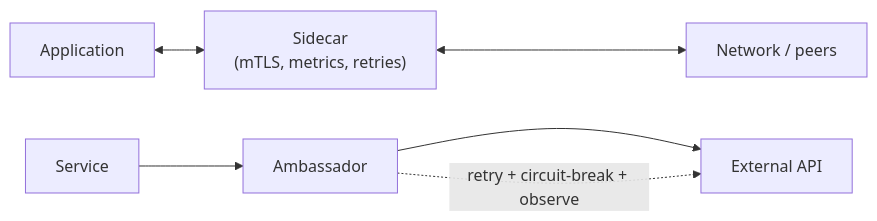
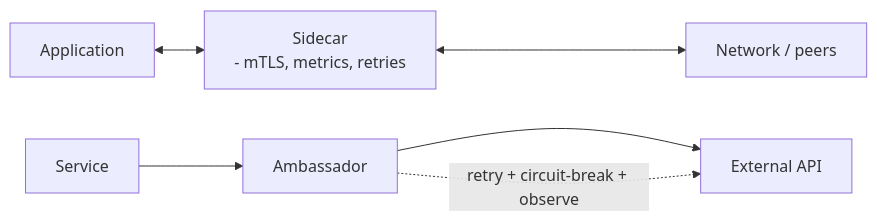
Before and after one commit to RIT-MESH/system-design-mastery: the second of 3 diagrams in docs/05-architecture-patterns/03-strangler-sidecar-bff.md, drawn with Mermaid. The commit also changed other lines of this file and 139 other files, not shown here.

First line of the commit message:
Fix Mermaid parse errors: replace parentheses in node labels across 140 files

````diff
--- a/docs/05-architecture-patterns/03-strangler-sidecar-bff.md
+++ b/docs/05-architecture-patterns/03-strangler-sidecar-bff.md
@@ -34,8 +34,8 @@
 ```mermaid
 %% created-for: system-design-mastery
 flowchart LR
-  App["Application"] <--> Side["Sidecar<br/>(mTLS, metrics, retries)"]
+  App["Application"] <--> Side["Sidecar<br/> - mTLS, metrics, retries"]
   Side <--> Net["Network / peers"]
   App2["Service"] --> Amb["Ambassador"] --> Ext["External API"]
   Amb -.retry + circuit-break + observe.-> Ext
 ```
````
